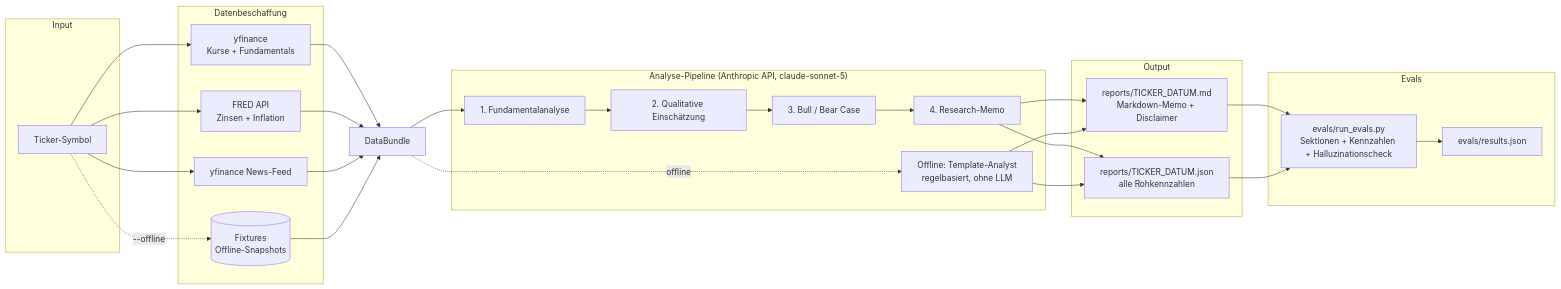
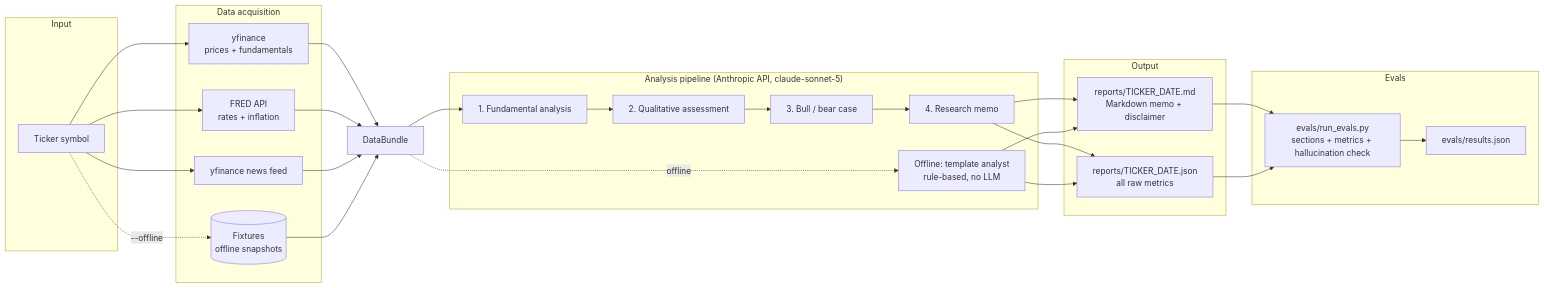
One commit to OhneisB/AI-Stock-Research-Assistant changed the diagram in README.md. Above: the diagram before and after it, drawn with Mermaid. The commit also changed other lines of this file and 39 other files, not shown here.

````diff
--- a/README.md
+++ b/README.md
@@ -35,41 +36,41 @@
 ```mermaid
 flowchart LR
     subgraph Input
-        T[Ticker-Symbol]
+        T[Ticker symbol]
     end
 
-    subgraph Datenbeschaffung
-        YF[yfinance<br/>Kurse + Fundamentals]
-        FRED[FRED API<br/>Zinsen + Inflation]
-        NEWS[yfinance News-Feed]
-        FIX[(Fixtures<br/>Offline-Snapshots)]
+    subgraph DataAcquisition["Data acquisition"]
+        YF[yfinance<br/>prices + fundamentals]
+        FRED[FRED API<br/>rates + inflation]
+        NEWS[yfinance news feed]
+        FIX[(Fixtures<br/>offline snapshots)]
     end
 
-    subgraph Pipeline["Analyse-Pipeline (Anthropic API, claude-sonnet-5)"]
-        S1[1. Fundamentalanalyse]
-        S2[2. Qualitative Einschätzung]
-        S3[3. Bull / Bear Case]
-        S4[4. Research-Memo]
-        TA[Offline: Template-Analyst<br/>regelbasiert, ohne LLM]
+    subgraph Pipeline["Analysis pipeline (Anthropic API, claude-sonnet-5)"]
+        S1[1. Fundamental analysis]
+        S2[2. Qualitative assessment]
+        S3[3. Bull / bear case]
+        S4[4. Research memo]
+        TA[Offline: template analyst<br/>rule-based, no LLM]
     end
 
     subgraph Output
-        MD[reports/TICKER_DATUM.md<br/>Markdown-Memo + Disclaimer]
-        JS[reports/TICKER_DATUM.json<br/>alle Rohkennzahlen]
+        MD[reports/TICKER_DATE.md<br/>Markdown memo + disclaimer]
+        JS[reports/TICKER_DATE.json<br/>all raw metrics]
     end
 
     subgraph Evals
-        EV[evals/run_evals.py<br/>Sektionen + Kennzahlen + Halluzinationscheck]
+        EV[evals/run_evals.py<br/>sections + metrics + hallucination check]
         RES[evals/results.json]
     end
 
     T --> YF & FRED & NEWS
     T -. "--offline" .-> FIX
     YF & FRED & NEWS --> B[DataBundle]
     FIX --> B
     B --> S1 --> S2 --> S3 --> S4
     B -. offline .-> TA
     S4 --> MD & JS
     TA --> MD & JS
     MD & JS --> EV --> RES
 ```
````
